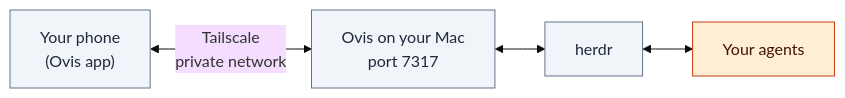
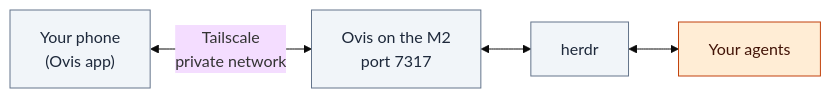
The second of 2 diagrams in docs/09-desktop.md (youngjae-lim/dotfiles), drawn with Mermaid (base theme) before and after one commit. The commit also changed other lines of this file and 18 other files, not shown here.

````diff
--- a/docs/09-desktop.md
+++ b/docs/09-desktop.md
@@ -148,8 +149,8 @@
 ```mermaid
 flowchart LR
-    PH["Your phone<br/>(Ovis app)"]:::step <-->|"Tailscale<br/>private network"| OV["Ovis on your Mac<br/>port 7317"]:::step
+    PH["Your phone<br/>(Ovis app)"]:::step <-->|"Tailscale<br/>private network"| OV["Ovis on the M2<br/>port 7317"]:::step
     OV <--> HD["herdr"]:::step
     HD <--> AG["Your agents"]:::agent
     classDef step fill:#f1f5f9,stroke:#64748b,color:#1e293b
     classDef agent fill:#ffedd5,stroke:#c2410c,color:#431407
 ```
````
